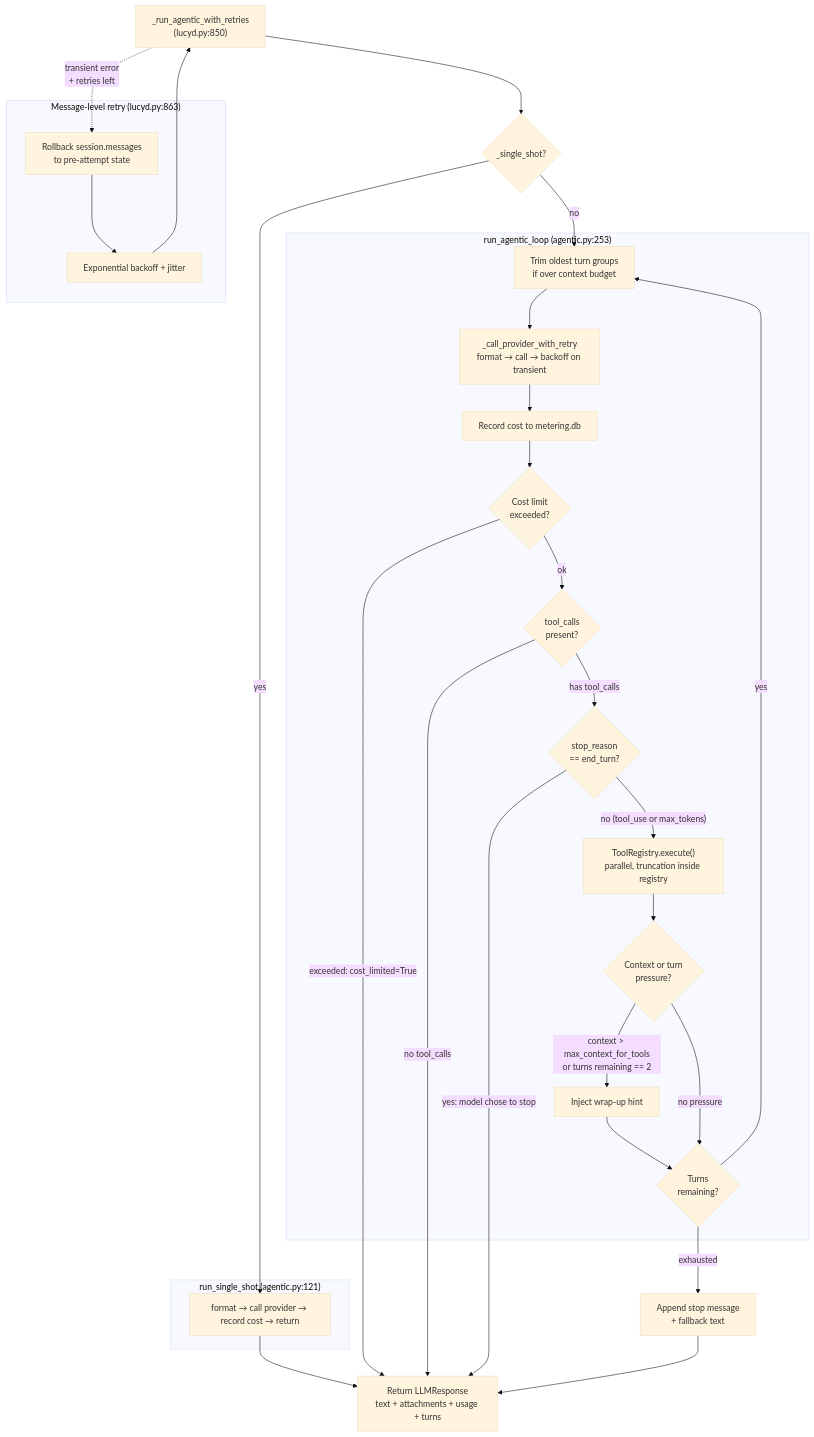
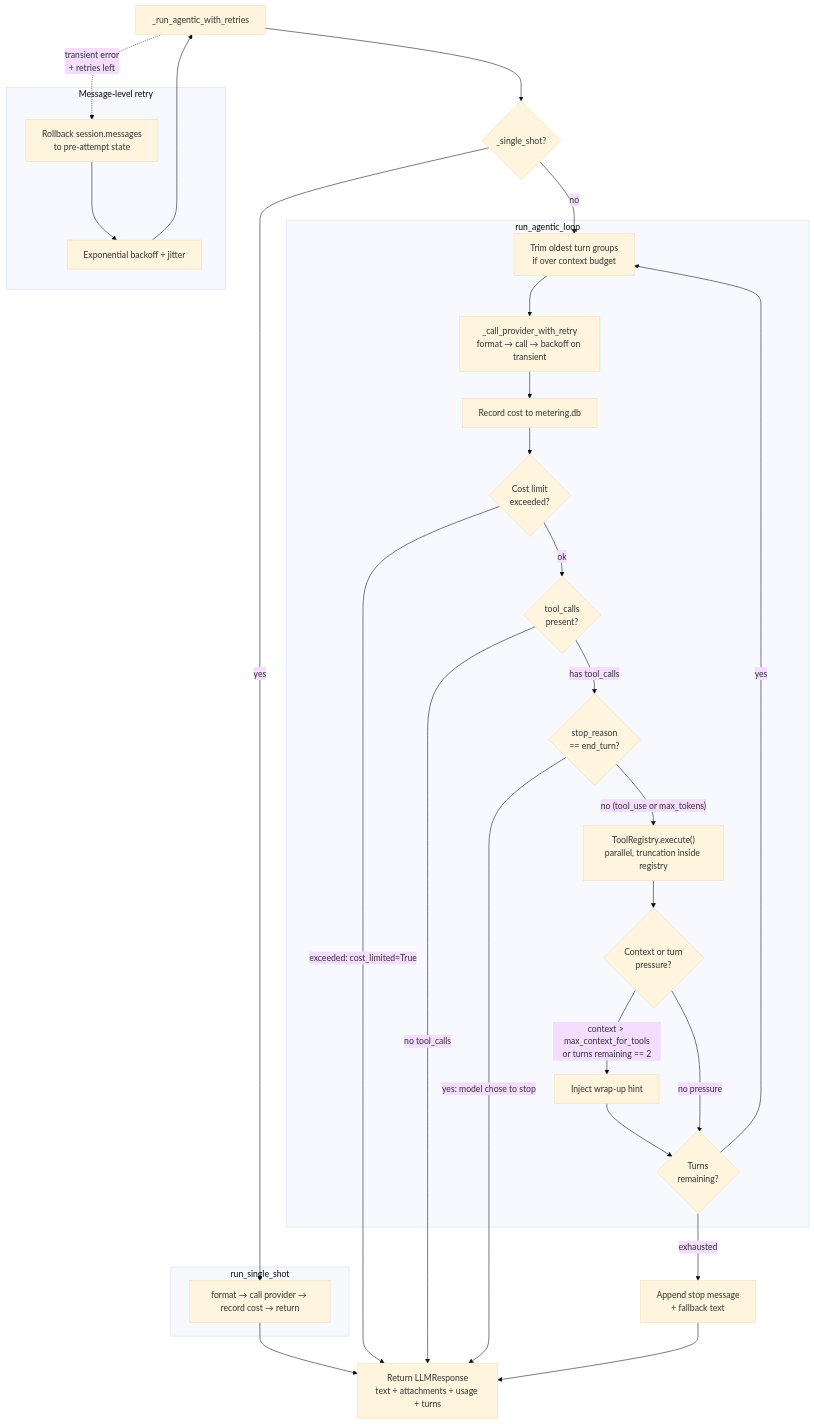
The second of 10 diagrams in docs/diagrams.md (nicolasforstinger/lucyd), drawn with Mermaid (base theme) before and after one commit. The commit also changed other lines of this file and 43 other files, not shown here.

````diff
--- a/docs/diagrams.md
+++ b/docs/diagrams.md
@@ -131,46 +129,46 @@
 ```mermaid
 flowchart TD
-    START["_run_agentic_with_retries<br/>(lucyd.py:850)"]
+    START["_run_agentic_with_retries"]
     DISPATCH{"_single_shot?"}
 
-    subgraph SingleShot["run_single_shot (agentic.py:121)"]
+    subgraph SingleShot["run_single_shot"]
         SS["format → call provider → record cost → return"]
     end
 
-    subgraph ToolUse["run_agentic_loop (agentic.py:253)"]
+    subgraph ToolUse["run_agentic_loop"]
         TRIM["Trim oldest turn groups<br/>if over context budget"]
         CALL["_call_provider_with_retry<br/>format → call → backoff on transient"]
         METER["Record cost to metering.db"]
         COST_CHECK{"Cost limit<br/>exceeded?"}
         STOP{"tool_calls<br/>present?"}
         ENDTURN{"stop_reason<br/>== end_turn?"}
         TOOLS["ToolRegistry.execute()<br/>parallel, truncation inside registry"]
         PRESSURE{"Context or turn<br/>pressure?"}
         HINT["Inject wrap-up hint"]
         TURNS{"Turns<br/>remaining?"}
     end
 
     RETURN["Return LLMResponse<br/>text + attachments + usage + turns"]
     MAX_TURNS["Append stop message<br/>+ fallback text"]
 
-    subgraph Retry["Message-level retry (lucyd.py:863)"]
+    subgraph Retry["Message-level retry"]
         ROLLBACK["Rollback session.messages<br/>to pre-attempt state"]
         BACKOFF["Exponential backoff + jitter"]
     end
 
     START --> DISPATCH
     DISPATCH -->|yes| SS --> RETURN
     DISPATCH -->|no| TRIM --> CALL --> METER --> COST_CHECK
     COST_CHECK -->|"exceeded: cost_limited=True"| RETURN
     COST_CHECK -->|ok| STOP
     STOP -->|"no tool_calls"| RETURN
     STOP -->|"has tool_calls"| ENDTURN
     ENDTURN -->|"yes: model chose to stop"| RETURN
     ENDTURN -->|"no (tool_use or max_tokens)"| TOOLS --> PRESSURE
     PRESSURE -->|"context > max_context_for_tools<br/>or turns remaining == 2"| HINT --> TURNS
     PRESSURE -->|"no pressure"| TURNS
     TURNS -->|yes| TRIM
     TURNS -->|exhausted| MAX_TURNS --> RETURN
 
     START -.->|"transient error<br/>+ retries left"| ROLLBACK --> BACKOFF --> START
 ```
````
